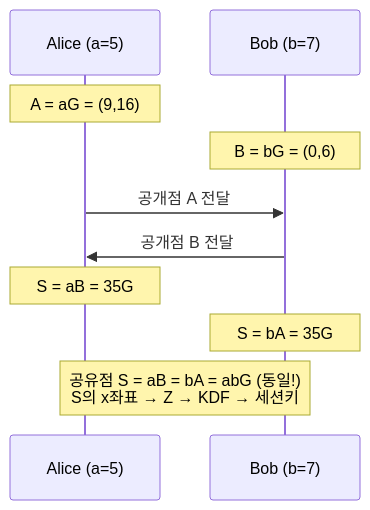
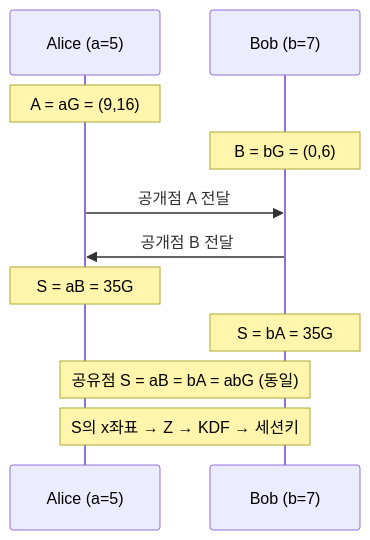
Before and after one commit to KMUTMU/information-security: the sixth of 6 diagrams in 06_공개키암호_정리.md, drawn with Mermaid. The commit also changed other lines of this file and 5 other files, not shown here.

Commit message:
Mermaid 다이어그램 가독성 개선: 짧은 라벨·이모지 제거·색상 최소화

````diff
--- a/06_공개키암호_정리.md
+++ b/06_공개키암호_정리.md
@@ -198,12 +195,13 @@
 ```mermaid
 sequenceDiagram
     participant A as Alice (a=5)
     participant B as Bob (b=7)
     Note over A: A = aG = (9,16)
     Note over B: B = bG = (0,6)
     A->>B: 공개점 A 전달
     B->>A: 공개점 B 전달
     Note over A: S = aB = 35G
     Note over B: S = bA = 35G
-    Note over A,B: 공유점 S = aB = bA = abG (동일!)<br/>S의 x좌표 → Z → KDF → 세션키
+    Note over A,B: 공유점 S = aB = bA = abG (동일)
+    Note over A,B: S의 x좌표 → Z → KDF → 세션키
 ```
````
